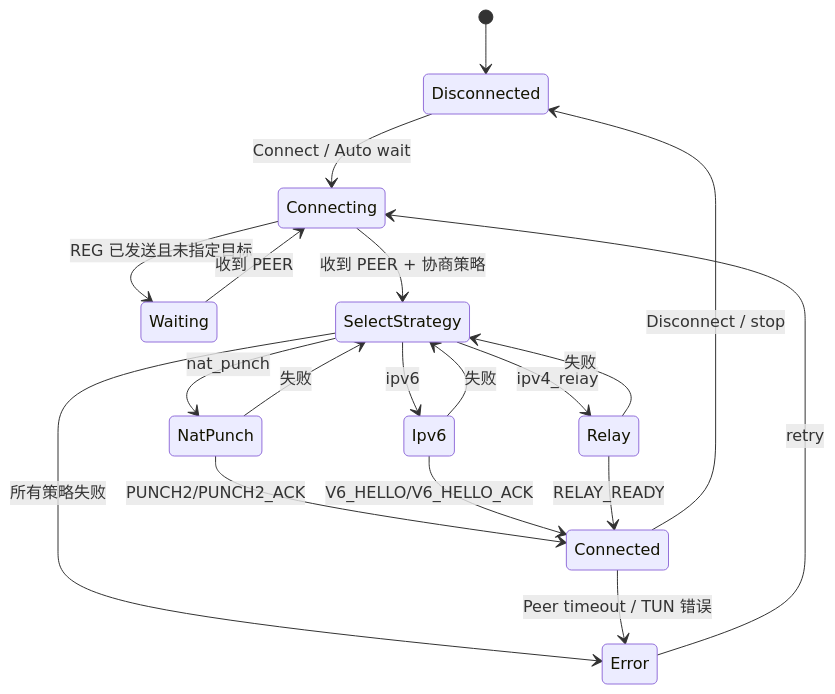
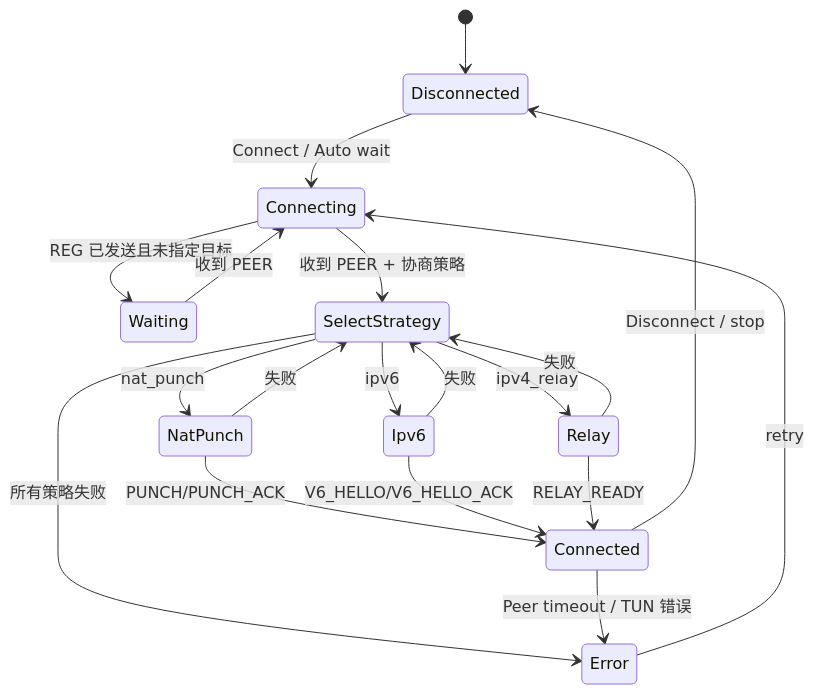
One commit to celeron633/EasyTunnel changed the first of 4 diagrams in doc/state-machine.md. Above: the diagram before and after it, drawn with Mermaid. The commit also changed other lines of this file and 9 other files, not shown here.

Commit message:
refactor(nat): drop legacy punch protocol

````diff
--- a/doc/state-machine.md
+++ b/doc/state-machine.md
@@ -8,21 +8,21 @@
 ```mermaid
 stateDiagram-v2
     [*] --> Disconnected
     Disconnected --> Connecting: Connect / Auto wait
     Connecting --> Waiting: REG 已发送且未指定目标
     Waiting --> Connecting: 收到 PEER
     Connecting --> SelectStrategy: 收到 PEER + 协商策略
     SelectStrategy --> NatPunch: nat_punch
     SelectStrategy --> Ipv6: ipv6
     SelectStrategy --> Relay: ipv4_relay
-    NatPunch --> Connected: PUNCH2/PUNCH2_ACK
+    NatPunch --> Connected: PUNCH/PUNCH_ACK
     Ipv6 --> Connected: V6_HELLO/V6_HELLO_ACK
     Relay --> Connected: RELAY_READY
     NatPunch --> SelectStrategy: 失败
     Ipv6 --> SelectStrategy: 失败
     Relay --> SelectStrategy: 失败
     SelectStrategy --> Error: 所有策略失败
     Connected --> Error: Peer timeout / TUN 错误
     Connected --> Disconnected: Disconnect / stop
     Error --> Connecting: retry
 ```
````
